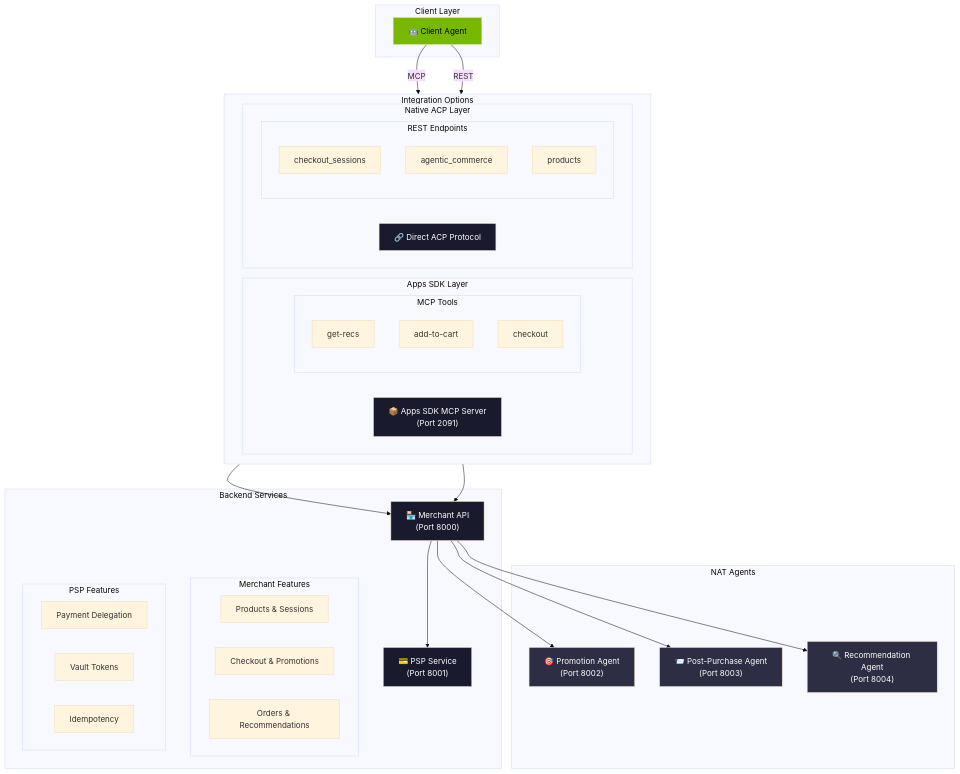
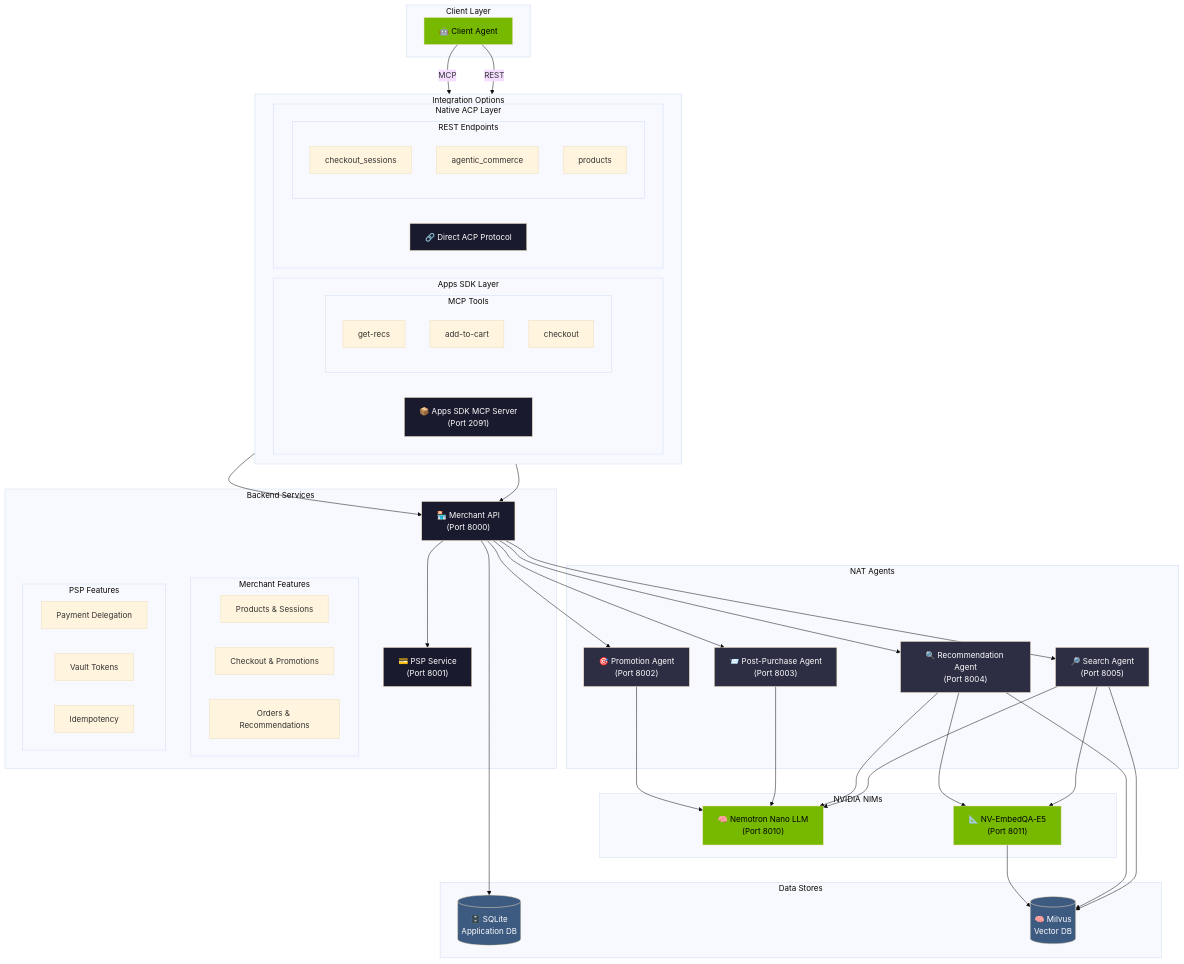
One commit to NVIDIA-AI-Blueprints/Retail-Agentic-Commerce changed the diagram in README.md. Above: the diagram before and after it, drawn with Mermaid (base theme). The commit also changed 11 other files, not shown here.

````diff
--- a/README.md
+++ b/README.md
@@ -190,6 +190,17 @@
         PROMO["🎯 Promotion Agent<br/>(Port 8002)"]
         POST["📨 Post-Purchase Agent<br/>(Port 8003)"]
         RECS["🔍 Recommendation Agent<br/>(Port 8004)"]
+        SEARCH["🔎 Search Agent<br/>(Port 8005)"]
+    end
+
+    subgraph NIMs["NVIDIA NIMs"]
+        LLM["🧠 Nemotron Nano LLM<br/>(Port 8010)"]
+        EMBED["📐 NV-EmbedQA-E5<br/>(Port 8011)"]
+    end
+
+    subgraph Data["Data Stores"]
+        SQLITE[("🗄️ SQLite<br/>Application DB")]
+        MILVUS[("🧠 Milvus<br/>Vector DB")]
     end
 
     CA -->|MCP| MCP
@@ -200,6 +211,17 @@
     MERCHANT --> PROMO
     MERCHANT --> POST
     MERCHANT --> RECS
+    MERCHANT --> SEARCH
+    MERCHANT --> SQLITE
+    PROMO --> LLM
+    POST --> LLM
+    RECS --> LLM
+    RECS --> EMBED
+    SEARCH --> LLM
+    SEARCH --> EMBED
+    EMBED --> MILVUS
+    RECS --> MILVUS
+    SEARCH --> MILVUS
 
     style CA fill:#76b900,color:#000
     style MCP fill:#1a1a2e,color:#fff
@@ -209,4 +231,9 @@
     style PROMO fill:#2d2d44,color:#fff
     style POST fill:#2d2d44,color:#fff
     style RECS fill:#2d2d44,color:#fff
+    style SEARCH fill:#2d2d44,color:#fff
+    style LLM fill:#76b900,color:#000
+    style EMBED fill:#76b900,color:#000
+    style SQLITE fill:#3d5a80,color:#fff
+    style MILVUS fill:#3d5a80,color:#fff
 ```
````
